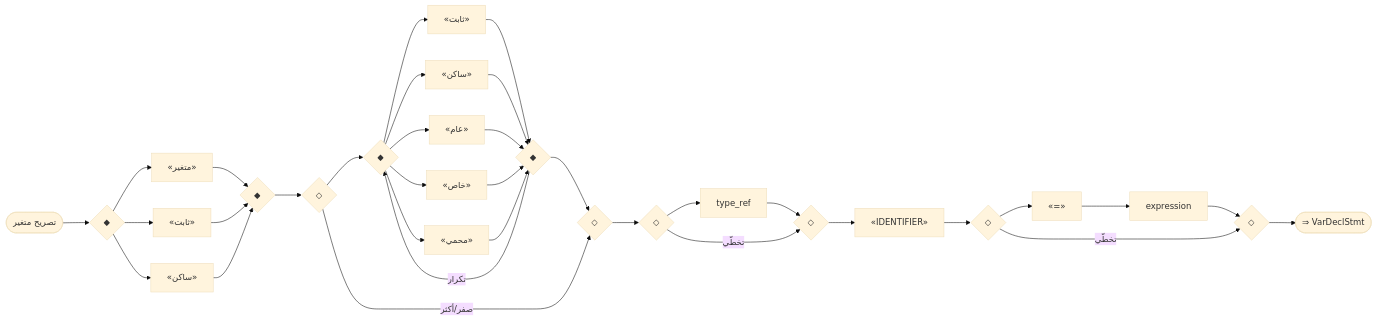
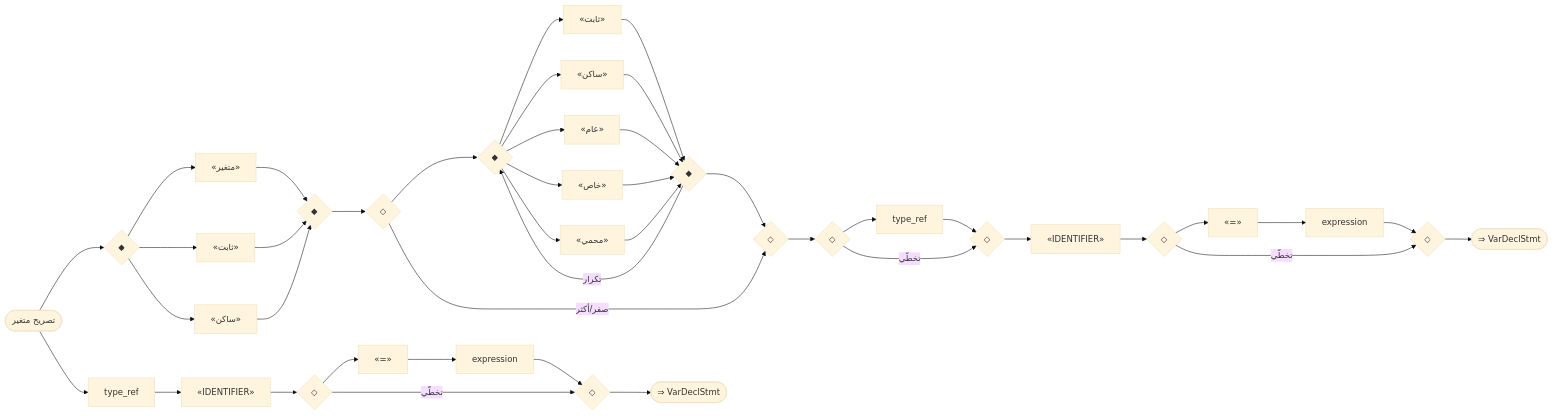
One commit to sadlang/sadlang changed the third of 19 diagrams in docs/parser_rule/_generated/20_declarations.md. Above: the diagram before and after it, drawn with Mermaid (base theme). The commit also changed other lines of this file and 103 other files, not shown here.

````diff
--- a/docs/parser_rule/_generated/20_declarations.md
+++ b/docs/parser_rule/_generated/20_declarations.md
@@ -70,60 +72,75 @@
 ```mermaid
 flowchart LR
   n1(["تصريح متغير"])
   n2{"◆"}
   n3{"◆"}
   n4["«متغير»"]
   n2 --> n4
   n4 --> n3
   n5["«ثابت»"]
   n2 --> n5
   n5 --> n3
   n6["«ساكن»"]
   n2 --> n6
   n6 --> n3
   n7{"◇"}
   n8{"◇"}
   n9{"◆"}
   n10{"◆"}
   n11["«ثابت»"]
   n9 --> n11
   n11 --> n10
   n12["«ساكن»"]
   n9 --> n12
   n12 --> n10
   n13["«عام»"]
   n9 --> n13
   n13 --> n10
   n14["«خاص»"]
   n9 --> n14
   n14 --> n10
   n15["«محمي»"]
   n9 --> n15
   n15 --> n10
   n7 --> n9
   n10 --> n8
   n10 -- "تكرار" --> n9
   n7 -- "صفر/أكثر" --> n8
   n3 --> n7
   n16{"◇"}
   n17{"◇"}
   n18["type_ref"]
   n16 --> n18
   n18 --> n17
   n16 -- "تخطّي" --> n17
   n8 --> n16
   n19["«IDENTIFIER»"]
   n17 --> n19
   n20{"◇"}
   n21{"◇"}
   n22["«=»"]
   n23["expression"]
   n22 --> n23
   n20 --> n22
   n23 --> n21
   n20 -- "تخطّي" --> n21
   n19 --> n20
   n1 --> n2
   n24(["⇒ VarDeclStmt"])
   n21 --> n24
+  n25["type_ref"]
+  n26["«IDENTIFIER»"]
+  n25 --> n26
+  n27{"◇"}
+  n28{"◇"}
+  n29["«=»"]
+  n30["expression"]
+  n29 --> n30
+  n27 --> n29
+  n30 --> n28
+  n27 -- "تخطّي" --> n28
+  n26 --> n27
+  n1 --> n25
+  n31(["⇒ VarDeclStmt"])
+  n28 --> n31
 ```
````
